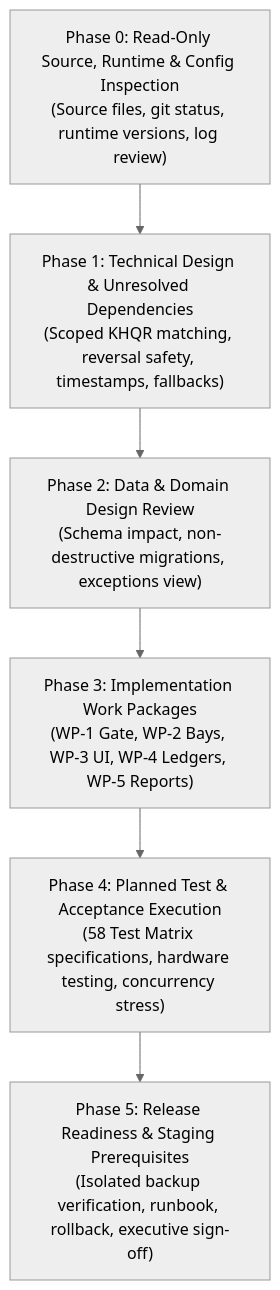
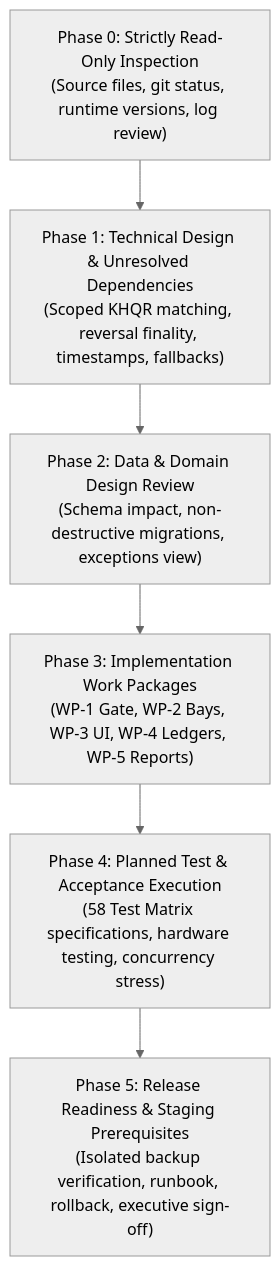
Before and after one commit to Tiffy-gif/Car-WashService: the first of 2 diagrams in POS-FINAL-IMPLEMENTATION-PLAN.md, drawn with Mermaid (neutral theme). The commit also changed other lines of this file and 3 other files, not shown here.

````diff
--- a/POS-FINAL-IMPLEMENTATION-PLAN.md
+++ b/POS-FINAL-IMPLEMENTATION-PLAN.md
@@ -30,8 +30,8 @@
 ```mermaid
 flowchart TD
-    P0["Phase 0: Read-Only Source, Runtime & Config Inspection\n(Source files, git status, runtime versions, log review)"] --> P1["Phase 1: Technical Design & Unresolved Dependencies\n(Scoped KHQR matching, reversal safety, timestamps, fallbacks)"]
+    P0["Phase 0: Strictly Read-Only Inspection\n(Source files, git status, runtime versions, log review)"] --> P1["Phase 1: Technical Design & Unresolved Dependencies\n(Scoped KHQR matching, reversal finality, timestamps, fallbacks)"]
     P1 --> P2["Phase 2: Data & Domain Design Review\n(Schema impact, non-destructive migrations, exceptions view)"]
     P2 --> P3["Phase 3: Implementation Work Packages\n(WP-1 Gate, WP-2 Bays, WP-3 UI, WP-4 Ledgers, WP-5 Reports)"]
     P3 --> P4["Phase 4: Planned Test & Acceptance Execution\n(58 Test Matrix specifications, hardware testing, concurrency stress)"]
     P4 --> P5["Phase 5: Release Readiness & Staging Prerequisites\n(Isolated backup verification, runbook, rollback, executive sign-off)"]
 ```
````
